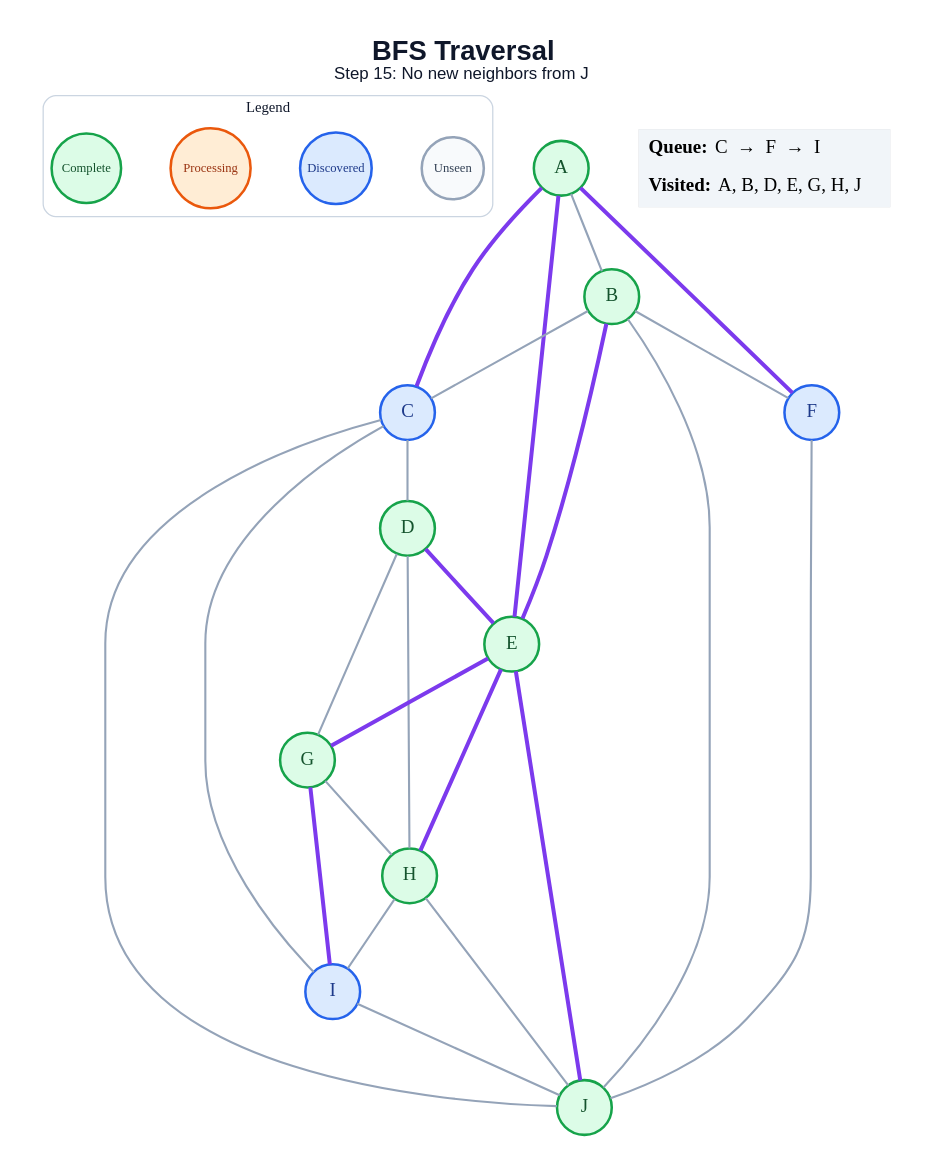
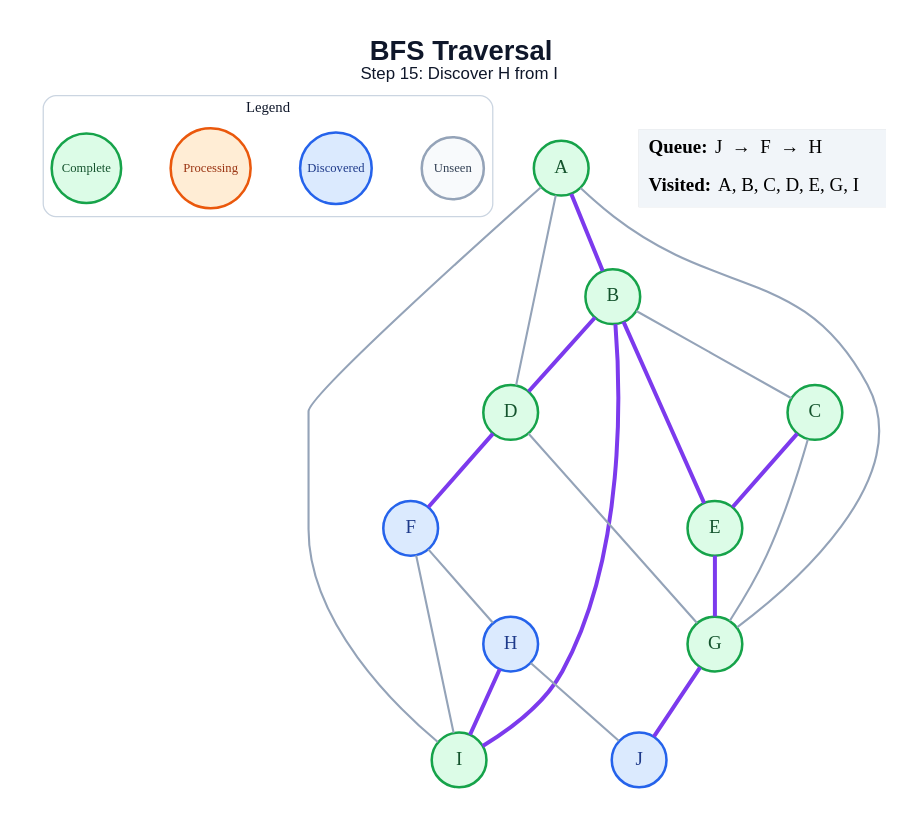
The diagram in generated/specific-node/bfs/step_15.dot (amanghodawala9/ai-slop), drawn with Graphviz before and after one commit. The commit also changed 178 other files, not shown here.

```diff
--- a/generated/specific-node/bfs/step_15.dot
+++ b/generated/specific-node/bfs/step_15.dot
@@ -1,52 +1,47 @@
 graph traversal {
   graph [layout=dot, rankdir=TB, bgcolor="#FFFFFF", pad="0.35", nodesep="0.65", ranksep="0.8", fontname="Arial"];
   node [shape=circle, style="filled", fontname="Arial Bold", fontsize=18, width=0.72, fixedsize=true, penwidth=2.4];
   edge [color="#94A3B8", penwidth=2.0];
-  label=<<B>BFS Traversal</B><BR/><FONT POINT-SIZE="16">Step 15: No new neighbors from J</FONT>>; labelloc="t"; fontsize=26; fontname="Arial"; fontcolor="#0F172A";
+  label=<<B>BFS Traversal</B><BR/><FONT POINT-SIZE="16">Step 15: Discover H from I</FONT>>; labelloc="t"; fontsize=26; fontname="Arial"; fontcolor="#0F172A";
   subgraph cluster_legend { label="Legend"; color="#CBD5E1"; penwidth=1.2; style="rounded"; fontsize=14; fontname="Arial Bold";
     key_unseen [label="Unseen", fillcolor="#F8FAFC", color="#94A3B8", fontcolor="#334155", fontsize=12, width=0.82];
     key_frontier [label="Discovered", fillcolor="#DBEAFE", color="#2563EB", fontcolor="#1E3A8A", fontsize=12, width=0.95];
     key_current [label="Processing", fillcolor="#FFEDD5", color="#EA580C", fontcolor="#9A3412", fontsize=12, width=1.05];
     key_done [label="Complete", fillcolor="#DCFCE7", color="#16A34A", fontcolor="#14532D", fontsize=12, width=0.92];
     { rank=same; key_unseen; key_frontier; key_current; key_done; }
   }
   A [fillcolor="#DCFCE7", color="#16A34A", fontcolor="#14532D"];
   B [fillcolor="#DCFCE7", color="#16A34A", fontcolor="#14532D"];
-  C [fillcolor="#DBEAFE", color="#2563EB", fontcolor="#1E3A8A"];
+  C [fillcolor="#DCFCE7", color="#16A34A", fontcolor="#14532D"];
   D [fillcolor="#DCFCE7", color="#16A34A", fontcolor="#14532D"];
   E [fillcolor="#DCFCE7", color="#16A34A", fontcolor="#14532D"];
   F [fillcolor="#DBEAFE", color="#2563EB", fontcolor="#1E3A8A"];
   G [fillcolor="#DCFCE7", color="#16A34A", fontcolor="#14532D"];
-  H [fillcolor="#DCFCE7", color="#16A34A", fontcolor="#14532D"];
-  I [fillcolor="#DBEAFE", color="#2563EB", fontcolor="#1E3A8A"];
-  J [fillcolor="#DCFCE7", color="#16A34A", fontcolor="#14532D"];
-  A -- B;
-  A -- C [color="#7C3AED", penwidth=3.8];
-  A -- E [color="#7C3AED", penwidth=3.8];
-  A -- F [color="#7C3AED", penwidth=3.8];
+  H [fillcolor="#DBEAFE", color="#2563EB", fontcolor="#1E3A8A"];
+  I [fillcolor="#DCFCE7", color="#16A34A", fontcolor="#14532D"];
+  J [fillcolor="#DBEAFE", color="#2563EB", fontcolor="#1E3A8A"];
+  A -- B [color="#7C3AED", penwidth=3.8];
+  A -- D;
+  A -- G;
+  A -- I;
   B -- C;
+  B -- D [color="#7C3AED", penwidth=3.8];
   B -- E [color="#7C3AED", penwidth=3.8];
-  B -- F;
-  B -- J;
-  C -- D;
-  C -- I;
-  C -- J;
-  D -- E [color="#7C3AED", penwidth=3.8];
+  B -- I [color="#7C3AED", penwidth=3.8];
+  C -- E [color="#7C3AED", penwidth=3.8];
+  C -- G;
+  D -- F [color="#7C3AED", penwidth=3.8];
   D -- G;
-  D -- H;
   E -- G [color="#7C3AED", penwidth=3.8];
-  E -- H [color="#7C3AED", penwidth=3.8];
-  E -- J [color="#7C3AED", penwidth=3.8];
-  F -- J;
-  G -- H;
-  G -- I [color="#7C3AED", penwidth=3.8];
-  H -- I;
+  F -- H;
+  F -- I;
+  G -- J [color="#7C3AED", penwidth=3.8];
+  H -- I [color="#7C3AED", penwidth=3.8];
   H -- J;
-  I -- J;
   status [shape=plain, fixedsize=false, width=0, height=0, margin=0, label=<
     <TABLE BORDER="0" CELLBORDER="0" CELLPADDING="7" BGCOLOR="#F1F5F9">
-      <TR><TD ALIGN="LEFT"><B>Queue:</B> C  →  F  →  I</TD></TR>
-      <TR><TD ALIGN="LEFT"><B>Visited:</B> A, B, D, E, G, H, J</TD></TR>
+      <TR><TD ALIGN="LEFT"><B>Queue:</B> J  →  F  →  H</TD></TR>
+      <TR><TD ALIGN="LEFT"><B>Visited:</B> A, B, C, D, E, G, I</TD></TR>
     </TABLE>
   >];
 }
```
